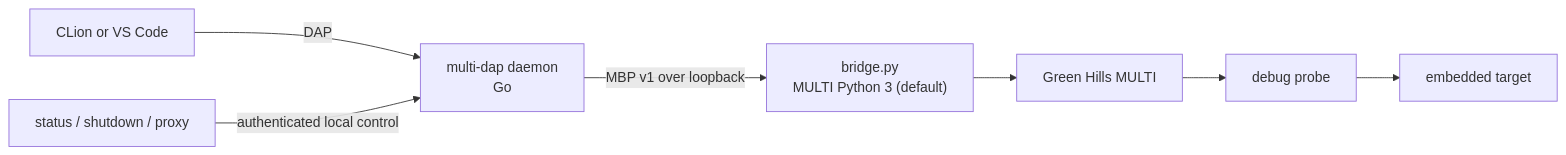
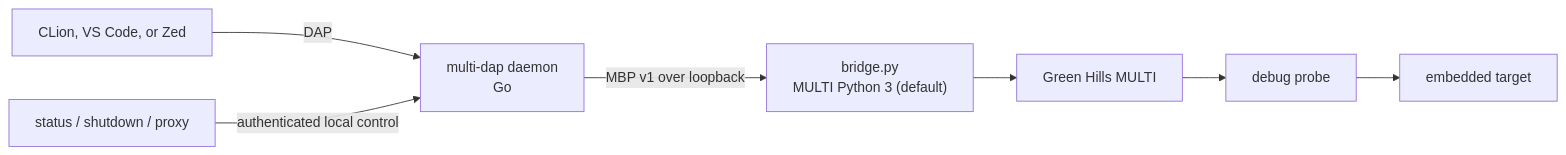
Before and after one commit to BalconyJH/multi-dap: the diagram in docs/index.md, drawn with Mermaid. The commit also changed other lines of this file, not shown here.

````diff
--- a/docs/index.md
+++ b/docs/index.md
@@ -34,9 +34,9 @@
 ```mermaid
 flowchart LR
-    IDE["CLion or VS Code"] -->|DAP| daemon["multi-dap daemon<br/>Go"]
+    IDE["CLion, VS Code, or Zed"] -->|DAP| daemon["multi-dap daemon<br/>Go"]
     daemon -->|"MBP v1 over loopback"| bridge["bridge.py<br/>MULTI Python 3 (default)"]
     bridge --> multi["Green Hills MULTI"]
     multi --> probe["debug probe"]
     probe --> target["embedded target"]
     ctl["status / shutdown / proxy"] -->|"authenticated local control"| daemon
 ```
````
